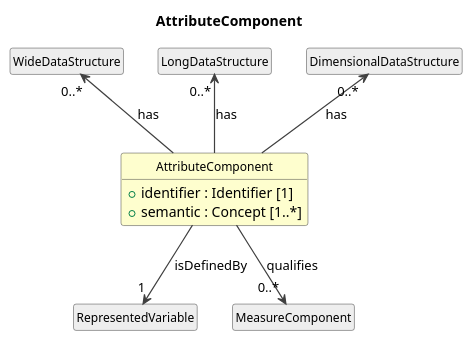
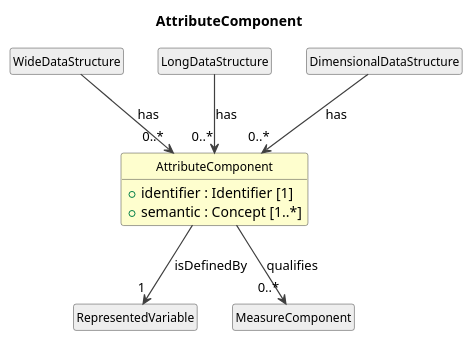
The diagram in cdif-uml-model/CDIFDataStructure/Classes/AttributeComponent.pu (Cross-Domain-Interoperability-Framework/metadataBuildingBlocks), drawn with PlantUML before and after one commit. The commit also changed 435 other files, not shown here.

First line of the commit message:
Model browser: fix reversed association arrows in detail diagrams

```diff
--- a/cdif-uml-model/CDIFDataStructure/Classes/AttributeComponent.pu
+++ b/cdif-uml-model/CDIFDataStructure/Classes/AttributeComponent.pu
@@ -1,28 +1,28 @@
 @startuml
 title AttributeComponent
 hide circle
 hide empty members
 skinparam shadowing false
 skinparam ArrowThickness 1.2
 skinparam class {
   ArrowColor #404040
   BorderColor #404040
   FontSize 12
 }
 
 class "AttributeComponent" as AttributeComponent #FEFECE {
   +identifier : Identifier [1]
   +semantic : Concept [1..*]
 }
 class "WideDataStructure" as WideDataStructure #EEEEEE
-WideDataStructure "0..*" <-- AttributeComponent : has
+WideDataStructure --> "0..*" AttributeComponent : has
 class "LongDataStructure" as LongDataStructure #EEEEEE
-LongDataStructure "0..*" <-- AttributeComponent : has
+LongDataStructure --> "0..*" AttributeComponent : has
 class "DimensionalDataStructure" as DimensionalDataStructure #EEEEEE
-DimensionalDataStructure "0..*" <-- AttributeComponent : has
+DimensionalDataStructure --> "0..*" AttributeComponent : has
 class "RepresentedVariable" as RepresentedVariable #EEEEEE
 AttributeComponent --> "1" RepresentedVariable : isDefinedBy
 class "MeasureComponent" as MeasureComponent #EEEEEE
 AttributeComponent --> "0..*" MeasureComponent : qualifies
 
 @enduml
```
